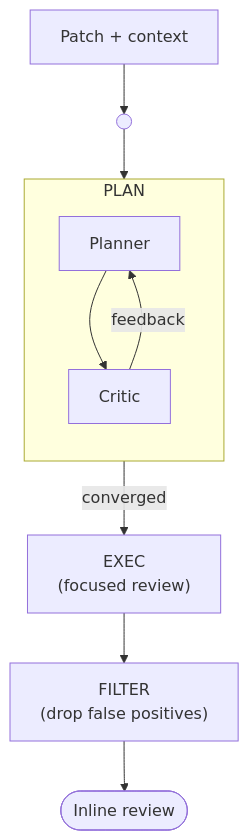
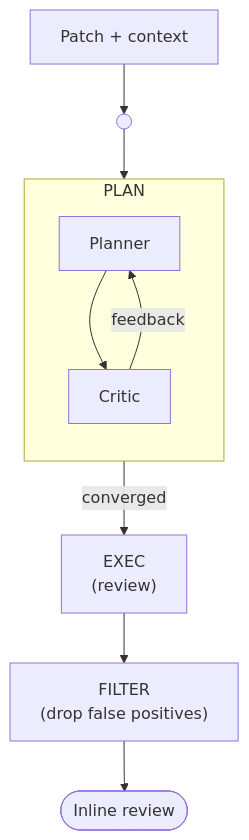
One commit to qualcomm/PatchWise changed the first of 2 diagrams in README.md. Above: the diagram before and after it, drawn with Mermaid. The commit also changed other lines of this file and 1 other file, not shown here.

First line of the commit message:
ai_review: stop scoping the reviewer to the planner's files and symbols

````diff
--- a/README.md
+++ b/README.md
@@ -141,15 +141,15 @@
 ```mermaid
 flowchart TD
     A["Patch + context"] --> B
 
     subgraph PLAN["PLAN"]
         direction TD
         P["Planner"] --> C["Critic"]
         C -->|feedback| P
     end
 
     B(( )) --> P
-    C -->|converged| D["EXEC\n(focused review)"]
+    C -->|converged| D["EXEC\n(review)"]
     D --> E["FILTER\n(drop false positives)"]
     E --> F(["Inline review"])
 ```
````
